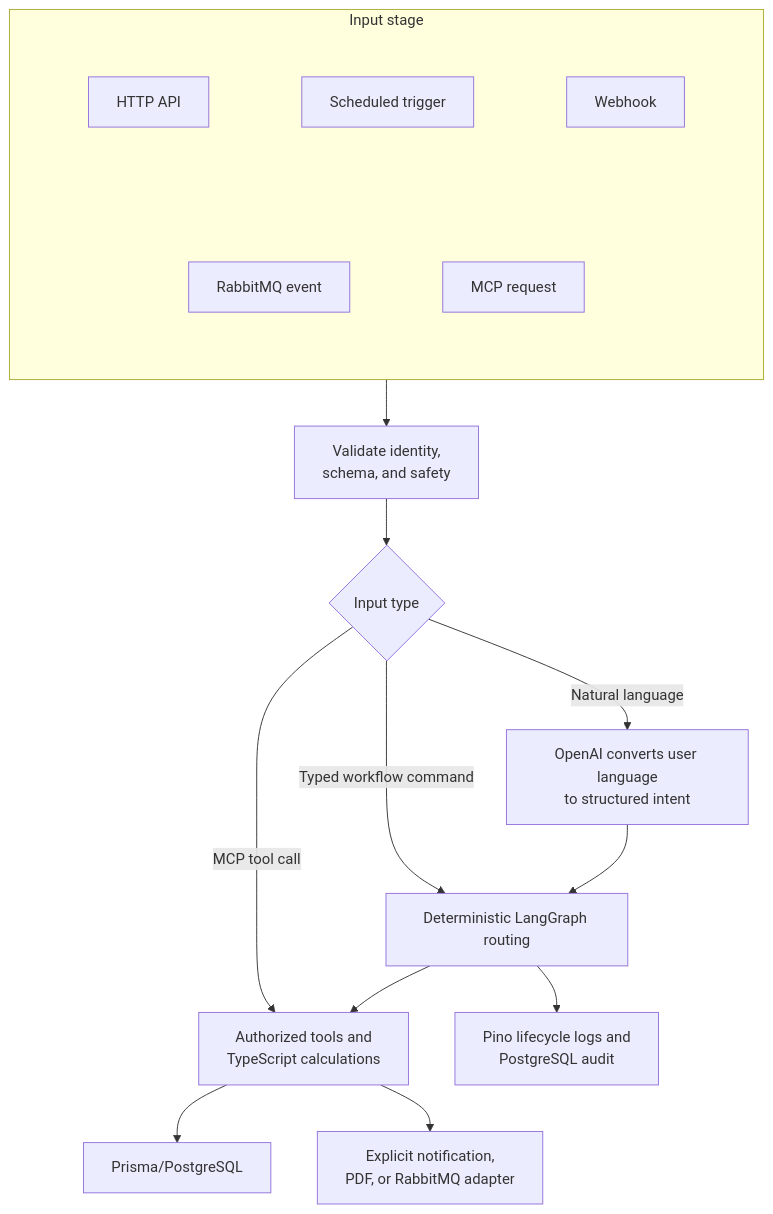
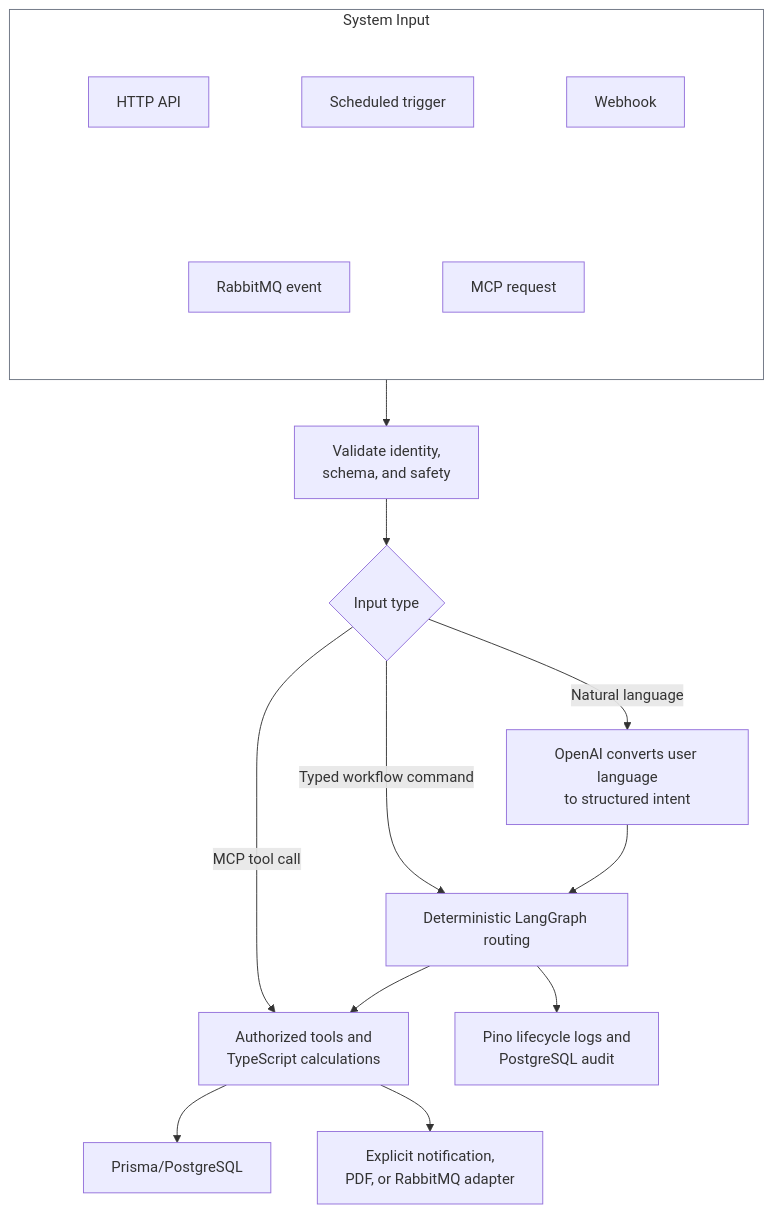
Before and after one commit to ramioooz/hcm-agentic-llmops: the first of 3 diagrams in README.md, drawn with Mermaid.

Commit message:
docs: refine system input styling

````diff
--- a/README.md
+++ b/README.md
@@ -230,35 +230,36 @@
 ```mermaid
 flowchart TD
-    subgraph Inputs["Input stage"]
+    subgraph Inputs["System Input"]
         direction TB
 
         subgraph InputRow1[" "]
             direction LR
             HTTP["HTTP API"] ~~~ Schedule["Scheduled trigger"] ~~~ Webhook["Webhook"]
         end
 
         subgraph InputRow2[" "]
             direction LR
             RabbitMQ["RabbitMQ event"] ~~~ MCP["MCP request"]
         end
 
         InputRow1 ~~~ InputRow2
     end
 
     style InputRow1 fill:none,stroke:none
     style InputRow2 fill:none,stroke:none
+    style Inputs fill:none,stroke:#6b7280,stroke-width:1px
 
     Inputs --> Validate
     Validate["Validate identity,<br/>schema, and safety"]
     InputType{"Input type"}
     Intent["OpenAI converts user language<br/>to structured intent"]
     Validate --> InputType
     InputType -->|Natural language| Intent
     InputType -->|Typed workflow command| Route["Deterministic LangGraph routing"]
     InputType -->|MCP tool call| Tools
     Intent --> Route
     Route --> Tools["Authorized tools and<br/>TypeScript calculations"]
     Tools --> Data["Prisma/PostgreSQL"]
     Tools --> Effects["Explicit notification,<br/>PDF, or RabbitMQ adapter"]
     Route --> Audit["Pino lifecycle logs and<br/>PostgreSQL audit"]
 ```
````
